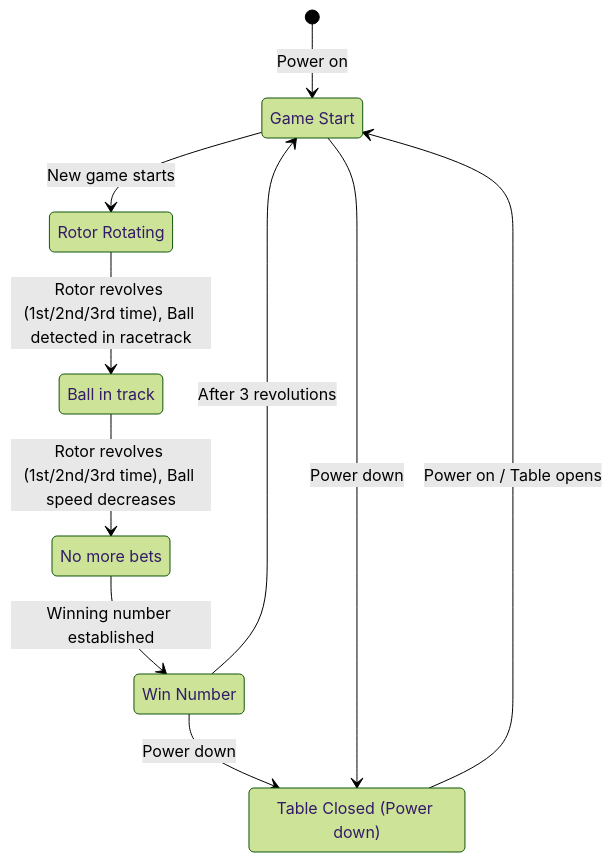
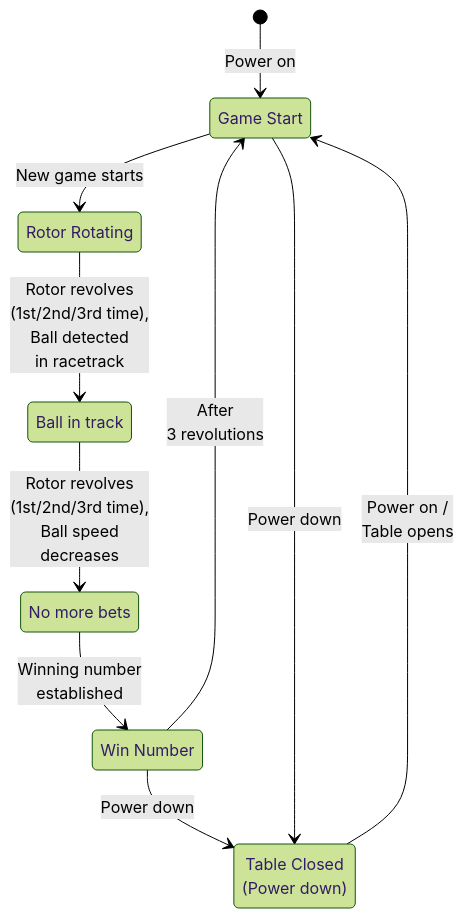
Before and after one commit to ikigai-kevin-k/studio-sdp-mirror: the diagram in sim/README_sim.md, drawn with Mermaid (forest theme).

Commit message:
modified mermaid text layout

````diff
--- a/sim/README_sim.md
+++ b/sim/README_sim.md
@@ -19,19 +19,19 @@
 ```mermaid
 stateDiagram-v2
     [*] --> State1: Power on
     State1: Game Start
     State2: Rotor Rotating
     State3: Ball in track
     State4: No more bets
     State5: Win Number
-    State6: Table Closed (Power down)
+    State6: Table Closed<br>(Power down)
 
     State1 --> State2: New game starts
-    State4 --> State5: Winning number established
-    State5 --> State1:  After 3 revolutions
-    State2 --> State3: Rotor revolves (1st/2nd/3rd time), Ball detected in racetrack
-    State3 --> State4: Rotor revolves (1st/2nd/3rd time), Ball speed decreases
+    State4 --> State5: Winning number<br>established
+    State5 --> State1:  After<br>3 revolutions
+    State2 --> State3: Rotor revolves<br>(1st/2nd/3rd time),<br>Ball detected<br>in racetrack
+    State3 --> State4: Rotor revolves<br>(1st/2nd/3rd time),<br>Ball speed<br>decreases
     State5 --> State6: Power down
-    State6 --> State1: Power on / Table opens
+    State6 --> State1: Power on /<br>Table opens
     State1 --> State6: Power down
 ```
````
